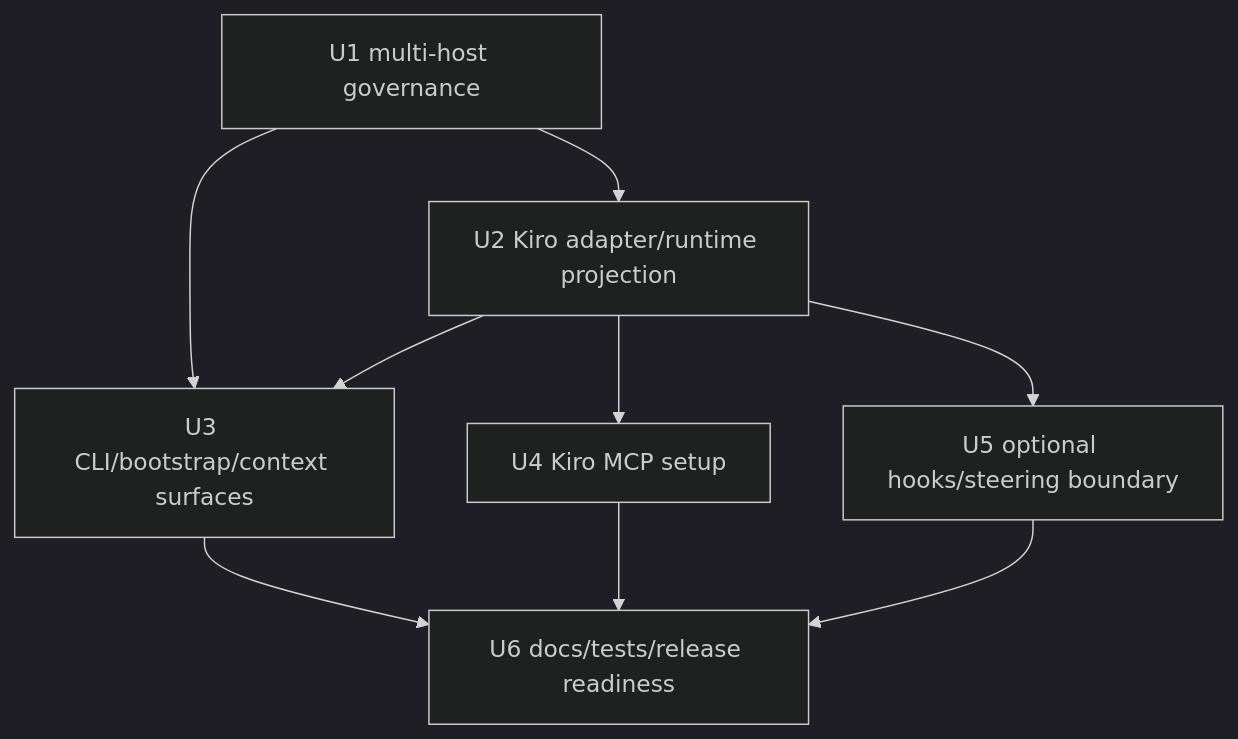
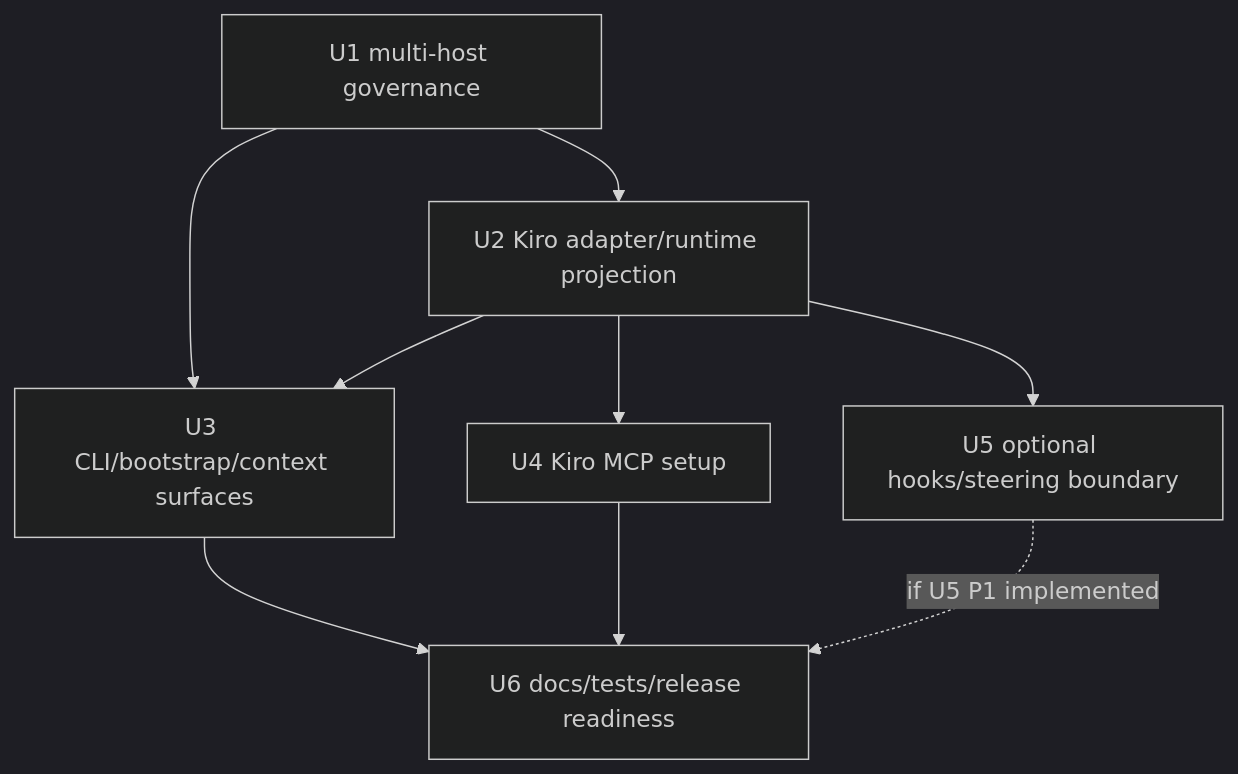
The second of 2 diagrams in docs/plans/2026-07-03-001-feat-kiro-host-support-plan.md (leo-kuang-ai/spec-first), drawn with Mermaid (dark theme) before and after one commit. The commit also changed other lines of this file and 2 other files, not shown here.

````diff
--- a/docs/plans/2026-07-03-001-feat-kiro-host-support-plan.md
+++ b/docs/plans/2026-07-03-001-feat-kiro-host-support-plan.md
@@ -254,11 +254,11 @@
 ```mermaid
 flowchart TB
   U1["U1 multi-host governance"] --> U2["U2 Kiro adapter/runtime projection"]
   U1 --> U3["U3 CLI/bootstrap/context surfaces"]
   U2 --> U3
   U2 --> U4["U4 Kiro MCP setup"]
   U3 --> U6["U6 docs/tests/release readiness"]
   U4 --> U6
   U2 --> U5["U5 optional hooks/steering boundary"]
-  U5 --> U6
+  U5 -.->|"if U5 P1 implemented"| U6
 ```
````
